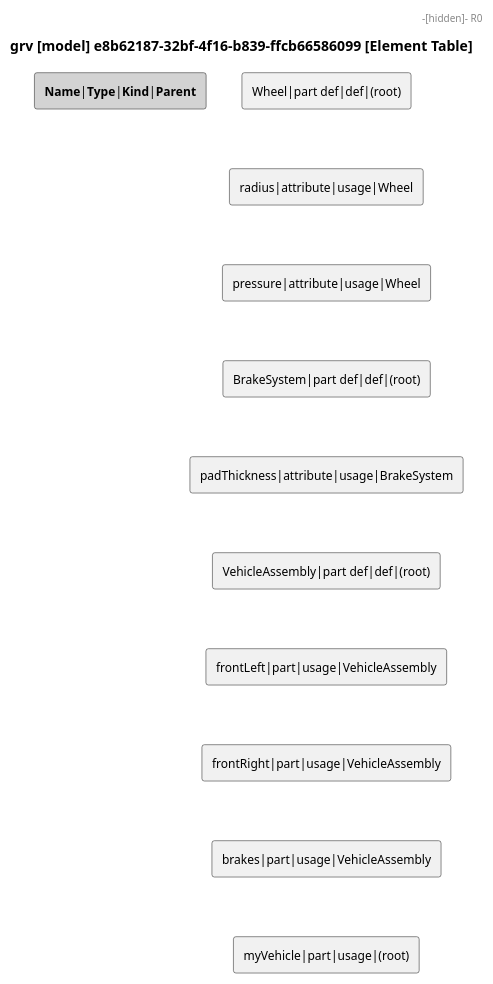
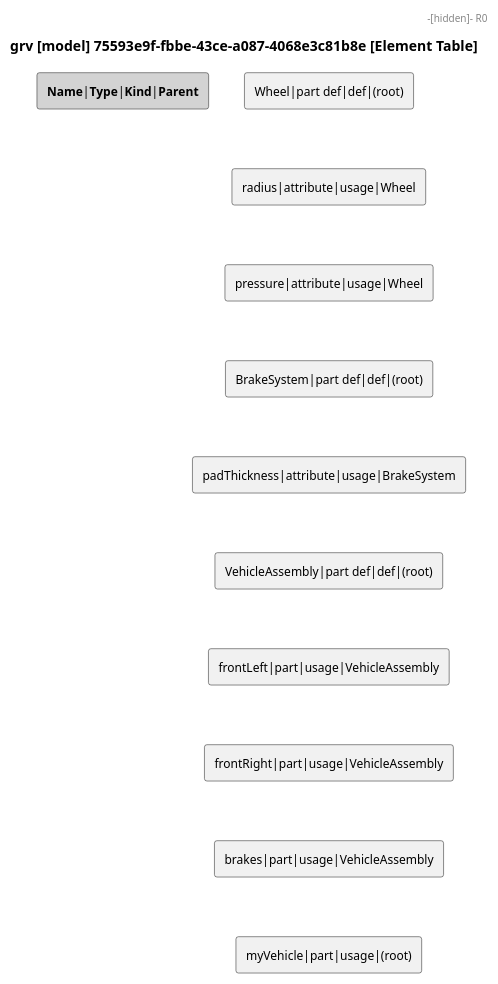
One commit to mycr0ft/sysml2py changed the diagram in docs/plantuml-examples/13-element-table.puml. Above: the diagram before and after it, drawn with PlantUML. The commit also changed 27 other files, not shown here.

```diff
--- a/docs/plantuml-examples/13-element-table.puml
+++ b/docs/plantuml-examples/13-element-table.puml
@@ -1,31 +1,31 @@
 @startuml
 
 skinparam monochrome true
 skinparam defaultFontSize 12
 skinparam defaultFontName Helvetica
 
-title grv [model] e8b62187-32bf-4f16-b839-ffcb66586099 [Element Table]
+title grv [model] 75593e9f-fbbe-43ce-a087-4068e3c81b8e [Element Table]
 
 rectangle "<b>Name</b>|<b>Type</b>|<b>Kind</b>|<b>Parent</b>" as HEADER #LightGray
 rectangle "Wheel|part def|def|(root)" as R0
 rectangle "radius|attribute|usage|Wheel" as R1
 rectangle "pressure|attribute|usage|Wheel" as R2
 rectangle "BrakeSystem|part def|def|(root)" as R3
 rectangle "padThickness|attribute|usage|BrakeSystem" as R4
 rectangle "VehicleAssembly|part def|def|(root)" as R5
 rectangle "frontLeft|part|usage|VehicleAssembly" as R6
 rectangle "frontRight|part|usage|VehicleAssembly" as R7
 rectangle "brakes|part|usage|VehicleAssembly" as R8
 rectangle "myVehicle|part|usage|(root)" as R9
 HEADER -[hidden]- R0
 R0 -[hidden]- R1
 R1 -[hidden]- R2
 R2 -[hidden]- R3
 R3 -[hidden]- R4
 R4 -[hidden]- R5
 R5 -[hidden]- R6
 R6 -[hidden]- R7
 R7 -[hidden]- R8
 R8 -[hidden]- R9
 
 @enduml
```
